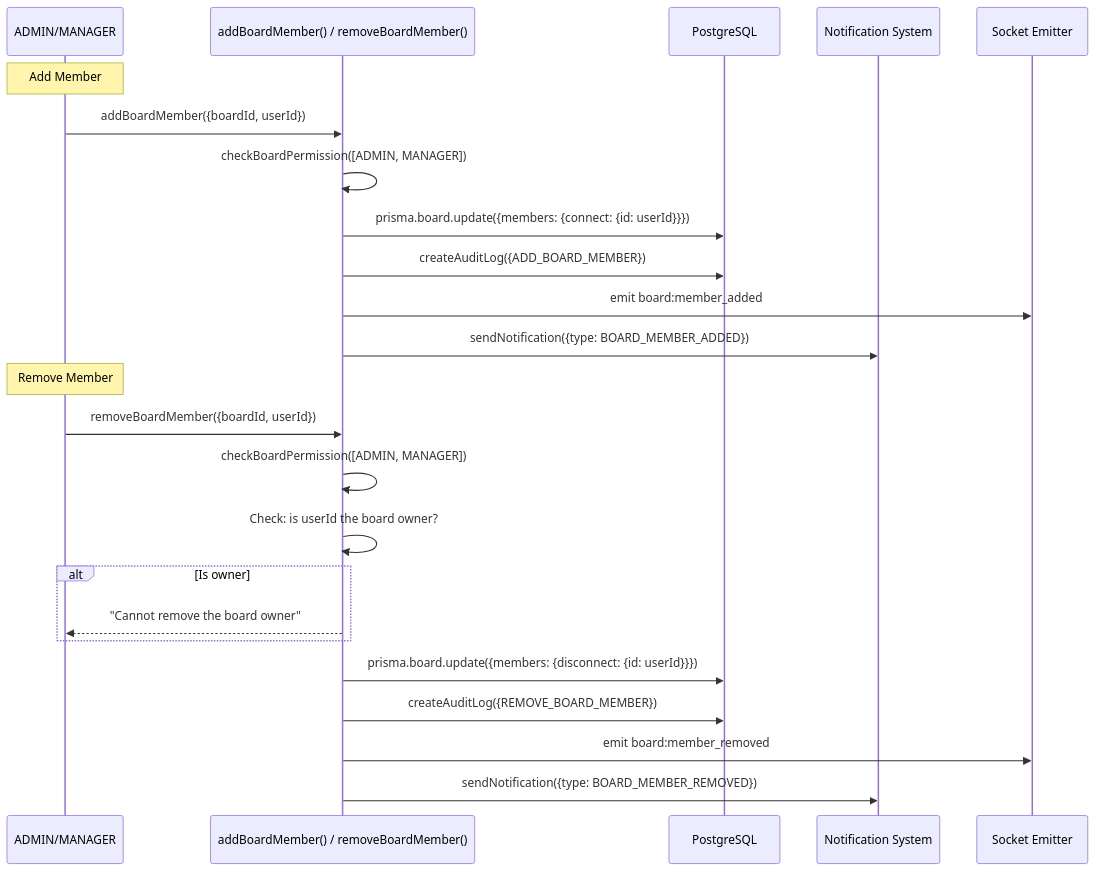
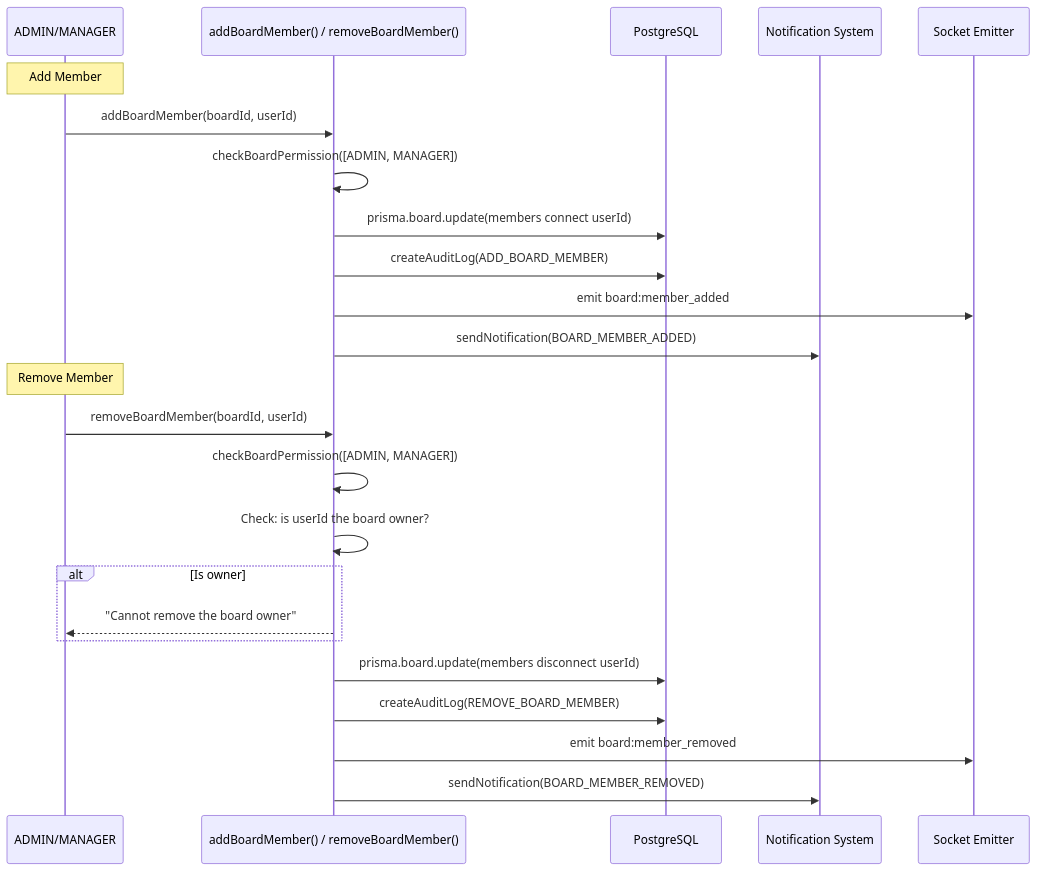
One commit to asefahmed500/Smart-Task-App_IIT_DU_Final_Project changed the fifth of 7 diagrams in docs/04-board-management.md. Above: the diagram before and after it, drawn with Mermaid. The commit also changed other lines of this file and 9 other files, not shown here.

Commit message:
fix: update AGENTS.md with Vercel deployment notes and additional mermaid cleanups

````diff
--- a/docs/04-board-management.md
+++ b/docs/04-board-management.md
@@ -128,30 +128,30 @@
 ```mermaid
 sequenceDiagram
     participant Manager as ADMIN/MANAGER
     participant Action as addBoardMember() / removeBoardMember()
     participant DB as PostgreSQL
     participant Notif as Notification System
     participant Socket as Socket Emitter
 
     Note over Manager: Add Member
 
-    Manager->>Action: addBoardMember({boardId, userId})
+    Manager->>Action: addBoardMember(boardId, userId)
     Action->>Action: checkBoardPermission([ADMIN, MANAGER])
-    Action->>DB: prisma.board.update({members: {connect: {id: userId}}})
-    Action->>DB: createAuditLog({ADD_BOARD_MEMBER})
+    Action->>DB: prisma.board.update(members connect userId)
+    Action->>DB: createAuditLog(ADD_BOARD_MEMBER)
     Action->>Socket: emit board:member_added
-    Action->>Notif: sendNotification({type: BOARD_MEMBER_ADDED})
+    Action->>Notif: sendNotification(BOARD_MEMBER_ADDED)
 
     Note over Manager: Remove Member
 
-    Manager->>Action: removeBoardMember({boardId, userId})
+    Manager->>Action: removeBoardMember(boardId, userId)
     Action->>Action: checkBoardPermission([ADMIN, MANAGER])
     Action->>Action: Check: is userId the board owner?
     alt Is owner
         Action-->>Manager: "Cannot remove the board owner"
     end
-    Action->>DB: prisma.board.update({members: {disconnect: {id: userId}}})
-    Action->>DB: createAuditLog({REMOVE_BOARD_MEMBER})
+    Action->>DB: prisma.board.update(members disconnect userId)
+    Action->>DB: createAuditLog(REMOVE_BOARD_MEMBER)
     Action->>Socket: emit board:member_removed
-    Action->>Notif: sendNotification({type: BOARD_MEMBER_REMOVED})
+    Action->>Notif: sendNotification(BOARD_MEMBER_REMOVED)
 ```
````
